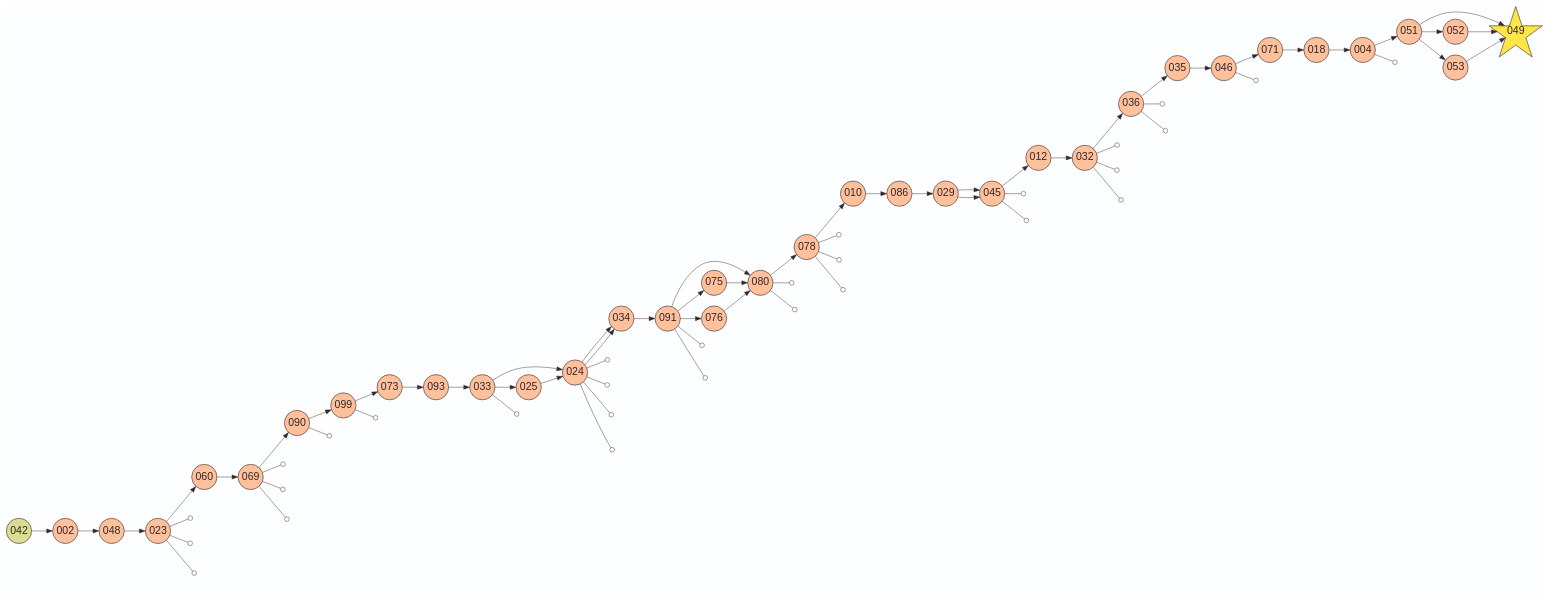
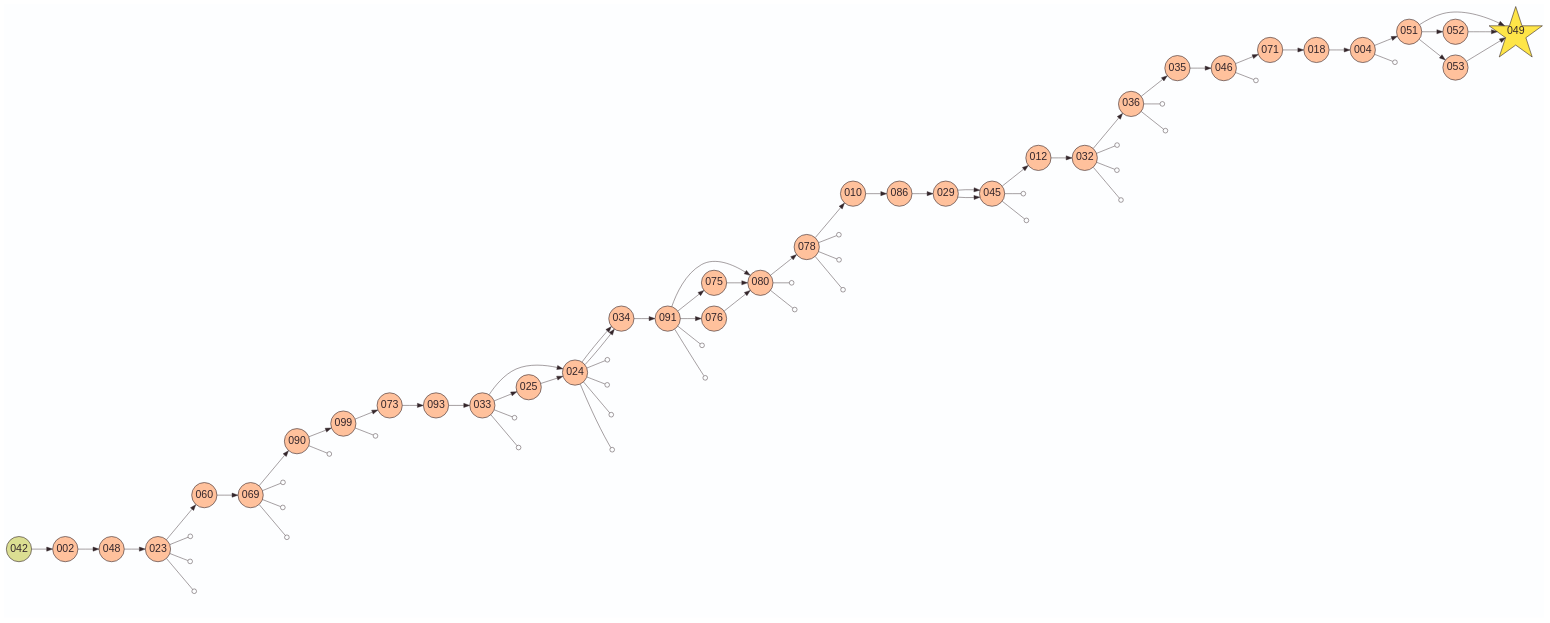
Before and after one commit to laowantong/sqlab_island: the diagram in en/mysql/output/graph.gv, drawn with Graphviz. The commit also changed 23 other files, not shown here.

```diff
--- a/en/mysql/output/graph.gv
+++ b/en/mysql/output/graph.gv
@@ -1,109 +1,110 @@
 digraph G {
     layout=dot
     rankdir=LR
     bgcolor="#FDFEFF"
     edge [color="#34262B" penwidth=0.75]
     node [
         shape=star
         fixedsize=true
         width=0.3
         height=0.3
         fillcolor="#FEE548"
         color="#34262B"
         fontcolor="#34262B"
         fontsize=18
         penwidth=1
         style=filled
         label=""
     ]
     
     node [
         width=1.2
         height=1.2
         fontname=Helvetica
         label="\N"
     ]
     049
     node [
         width=0.6
         height=0.6
         shape=circle
         fillcolor="#FFC19C"
     ]
     002 048 023 060 069 090 099 073 093 033 024 025 024 034 034 091 080 075 076 080 080 078 010 086 029 045 045 012 032 036 035 046 071 018 004 051 052 053 049 049 049
     node [fillcolor="#DBDE92"]
     
     042 -> 002
     002 -> 048
     048 -> 023
     023 -> 060
     060 -> 069
     069 -> 090
     090 -> 099
     099 -> 073
     073 -> 093
     093 -> 033
     033 -> 024
     033 -> 025
     025 -> 024
     024 -> 034
     024 -> 034
     034 -> 091
     091 -> 080
     091 -> 075
     091 -> 076
     075 -> 080
     076 -> 080
     080 -> 078
     078 -> 010
     010 -> 086
     086 -> 029
     029 -> 045
     029 -> 045
     045 -> 012
     012 -> 032
     032 -> 036
     036 -> 035
     035 -> 046
     046 -> 071
     071 -> 018
     018 -> 004
     004 -> 051
     051 -> 052
     051 -> 053
     051 -> 049
     052 -> 049
     053 -> 049
     node [style=invisible label=""]
-    50457013926347 47890482868936 37150133620128 71218742664725 75420150557596 72792619708639 29293607320320 14915938923952 138996212731035 167117019028817 161821468565730 166013587439609 165888542179420 24919761524173 25101277790992 27912063284788 18257904005745 34285849060722 34285849059910 34285849061160 238466580765852 218198158603602 40325190811833 40259238245673 39678966017348 128655226577199 136221754469805 204071674029542 66098661366712
+    50457013926347 47890482868936 37150133620128 71218742664725 75420150557596 72792619708639 29293607320320 14915938923952 138282073330312 138996212731035 167117019028817 161821468565730 166013587439609 165888542179420 24919761524173 25101277790992 27912063284788 18257904005745 34285849060722 34285849059910 34285849061160 238466580765852 218198158603602 40325190811833 40259238245673 39678966017348 128655226577199 136221754469805 204071674029542 66098661366712
     edge [arrowhead=odot]
     023 -> 50457013926347
     023 -> 47890482868936
     023 -> 37150133620128
     069 -> 71218742664725
     069 -> 75420150557596
     069 -> 72792619708639
     090 -> 29293607320320
     099 -> 14915938923952
+    033 -> 138282073330312
     033 -> 138996212731035
     024 -> 167117019028817
     024 -> 161821468565730
     024 -> 166013587439609
     024 -> 165888542179420
     091 -> 24919761524173
     091 -> 25101277790992
     080 -> 27912063284788
     080 -> 18257904005745
     078 -> 34285849060722
     078 -> 34285849059910
     078 -> 34285849061160
     045 -> 238466580765852
     045 -> 218198158603602
     032 -> 40325190811833
     032 -> 40259238245673
     032 -> 39678966017348
     036 -> 128655226577199
     036 -> 136221754469805
     046 -> 204071674029542
     004 -> 66098661366712
 }
```
